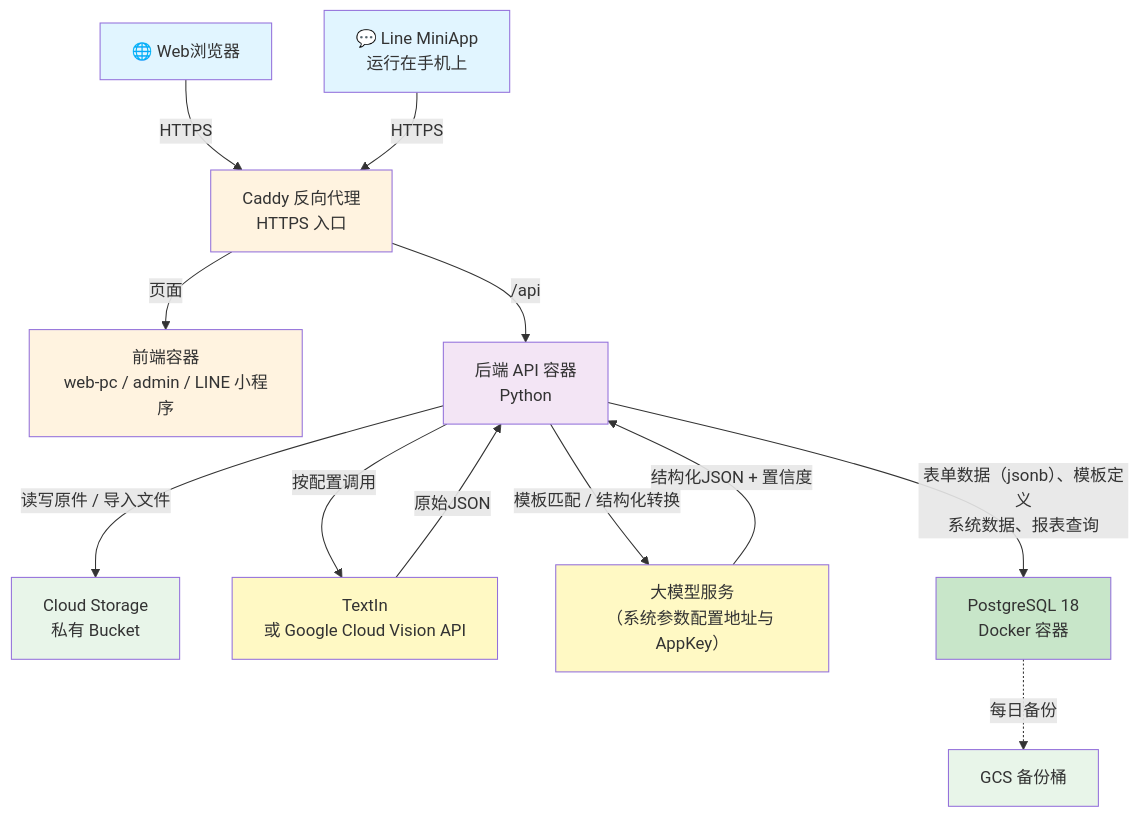
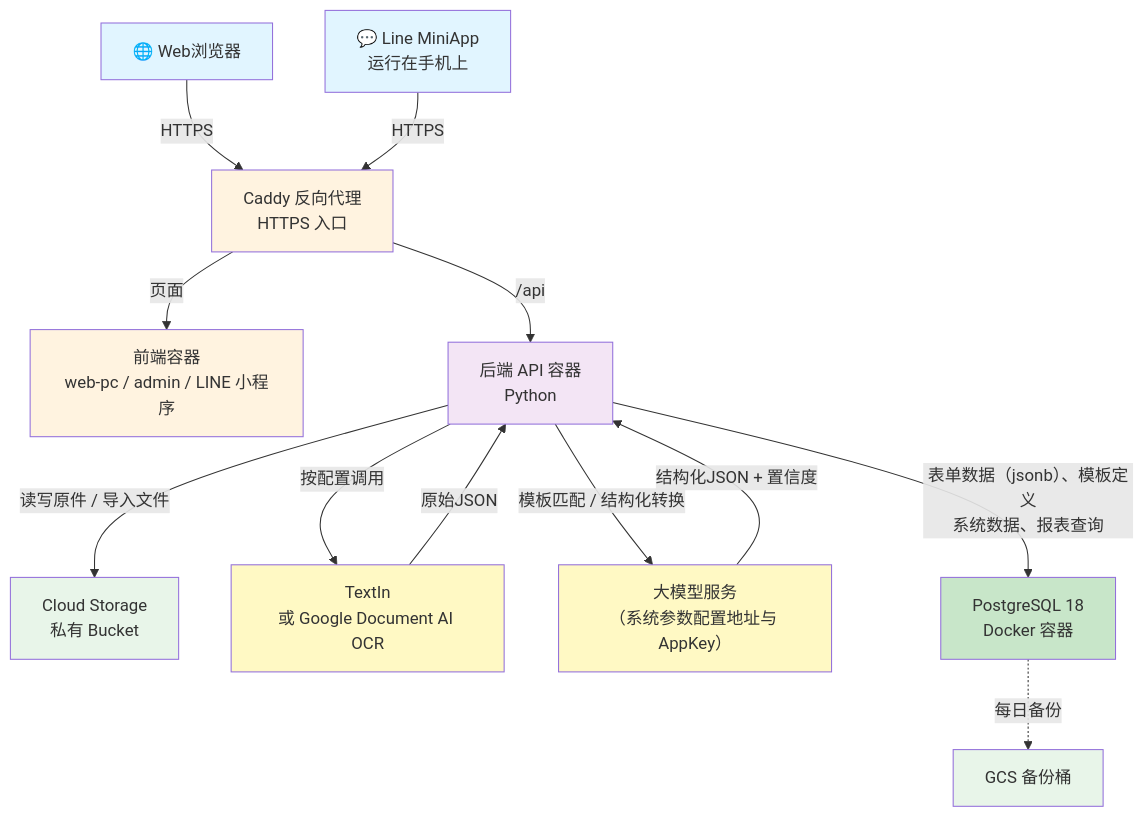
The third of 3 diagrams in docs/10-product/PRD-SaiFlow.md (aibaba-go/saiflow-monorepo), drawn with Mermaid before and after one commit. The commit also changed other lines of this file and 48 other files, not shown here.

````diff
--- a/docs/10-product/PRD-SaiFlow.md
+++ b/docs/10-product/PRD-SaiFlow.md
@@ -278,25 +278,25 @@
 ```mermaid
 flowchart TB
     WebBrowser["🌐 Web浏览器"] -- HTTPS --> Caddy["Caddy 反向代理<br>HTTPS 入口"]
     LineMiniApp["💬 Line MiniApp<br>运行在手机上"] -- HTTPS --> Caddy
     Caddy -- 页面 --> FrontendCR["前端容器<br>web-pc / admin / LINE 小程序"]
     Caddy -- /api --> BackendAPI["后端 API 容器<br>Python"]
     BackendAPI -- 读写原件 / 导入文件 --> GCS["Cloud Storage<br>私有 Bucket"]
-    BackendAPI -- 按配置调用 --> OCRService["TextIn<br>或 Google Cloud Vision API"]
+    BackendAPI -- 按配置调用 --> OCRService["TextIn<br>或 Google Document AI OCR"]
     OCRService -- 原始JSON --> BackendAPI
     BackendAPI -- 模板匹配 / 结构化转换 --> LLM["大模型服务<br>（系统参数配置地址与 AppKey）"]
     LLM -- 结构化JSON + 置信度 --> BackendAPI
     BackendAPI -- 表单数据（jsonb）、模板定义<br>系统数据、报表查询 --> PostgreSQL["PostgreSQL 18<br>Docker 容器"]
     PostgreSQL -. 每日备份 .-> Backup["GCS 备份桶"]
 
     style WebBrowser fill:#e1f5ff
     style LineMiniApp fill:#e1f5ff
     style FrontendCR fill:#fff3e0
     style BackendAPI fill:#f3e5f5
     style GCS fill:#e8f5e9
     style OCRService fill:#fff9c4
     style LLM fill:#fff9c4
     style Caddy fill:#fff3e0
     style Backup fill:#e8f5e9
     style PostgreSQL fill:#c8e6c9
 ```
````
